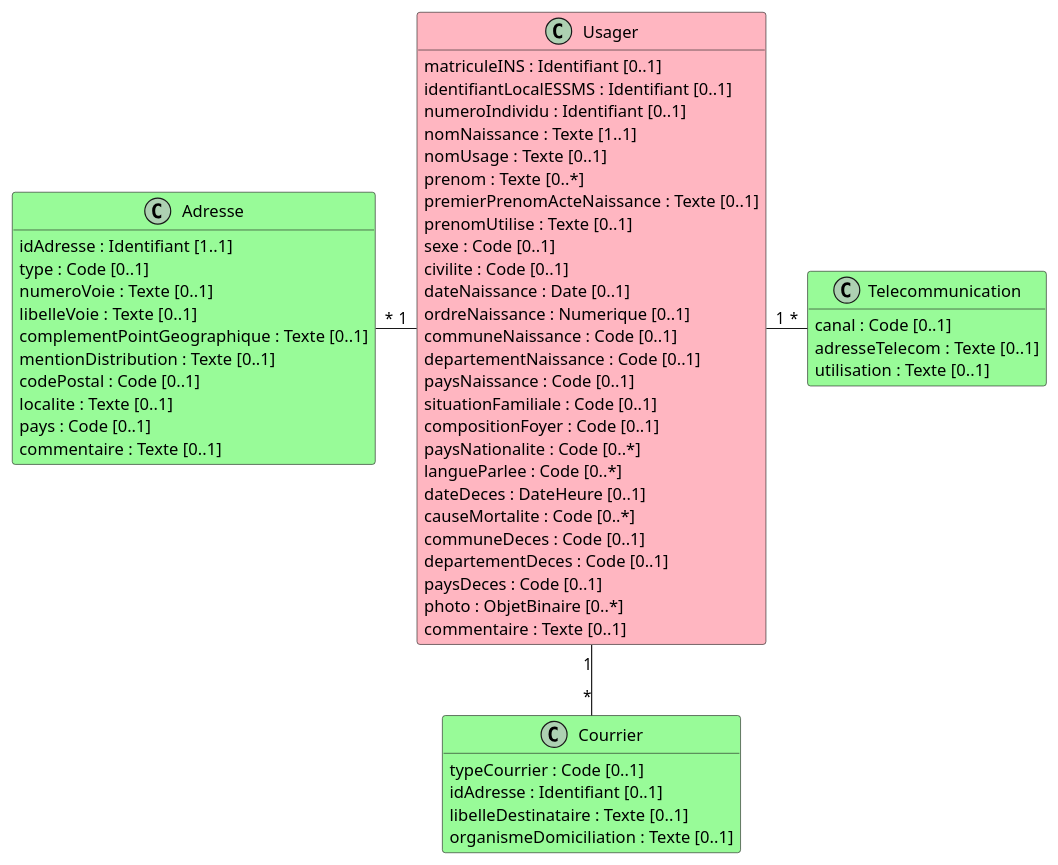
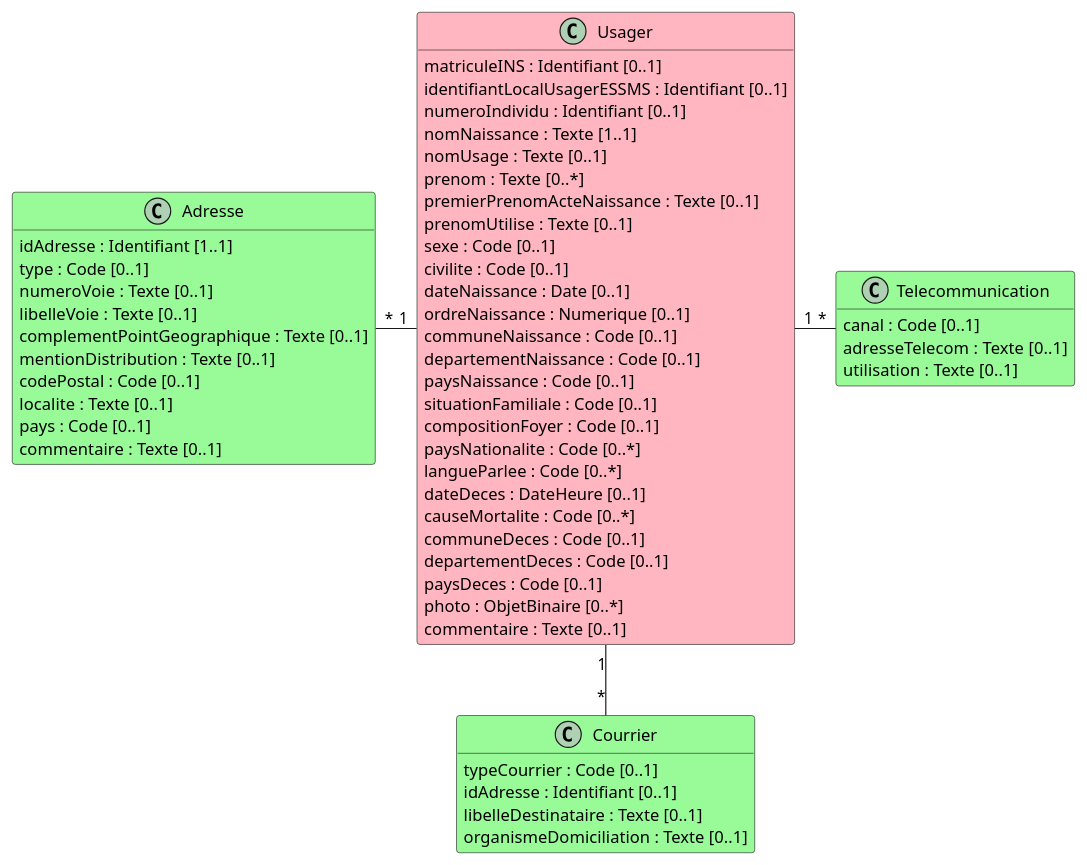
The diagram in input/images-source/bloc_identification_coordonnees.plantuml (ansforge/IG-fhir-transfert-donnees-dui-esms), drawn with PlantUML before and after one commit. The commit also changed 1 other file, not shown here.

```diff
--- a/input/images-source/bloc_identification_coordonnees.plantuml
+++ b/input/images-source/bloc_identification_coordonnees.plantuml
@@ -1,64 +1,64 @@
 @startuml
 
 hide empty methods
 
 class Usager #LightPink {
     matriculeINS : Identifiant [0..1]
-    identifiantLocalESSMS : Identifiant [0..1]
+    identifiantLocalUsagerESSMS : Identifiant [0..1]
     numeroIndividu : Identifiant [0..1]
     nomNaissance : Texte [1..1]
     nomUsage : Texte [0..1]
     prenom : Texte [0..*]
     premierPrenomActeNaissance : Texte [0..1]
     prenomUtilise : Texte [0..1]
     sexe : Code [0..1]
     civilite : Code [0..1]
     dateNaissance : Date [0..1]
     ordreNaissance : Numerique [0..1]
     communeNaissance : Code [0..1]
     departementNaissance : Code [0..1]
     paysNaissance : Code [0..1]
     situationFamiliale : Code [0..1]
     compositionFoyer : Code [0..1]
     paysNationalite : Code [0..*]
     langueParlee : Code [0..*]
     dateDeces : DateHeure [0..1]
     causeMortalite : Code [0..*]
     communeDeces : Code [0..1]
     departementDeces : Code [0..1]
     paysDeces : Code [0..1]
     photo : ObjetBinaire [0..*]
     commentaire : Texte [0..1]
 }
 
 class Adresse #PaleGreen {
     idAdresse : Identifiant [1..1]
     type : Code [0..1]
     numeroVoie : Texte [0..1]
     libelleVoie : Texte [0..1]
     complementPointGeographique : Texte [0..1]
     mentionDistribution : Texte [0..1]
     codePostal : Code [0..1]
     localite : Texte [0..1]
     pays : Code [0..1]
     commentaire : Texte [0..1]
 }
 
 class Telecommunication #PaleGreen {
     canal : Code [0..1]
     adresseTelecom : Texte [0..1]
     utilisation : Texte [0..1]
 }
 
 class Courrier #PaleGreen {
     typeCourrier : Code [0..1]
     idAdresse : Identifiant [0..1]
     libelleDestinataire : Texte [0..1]
     organismeDomiciliation : Texte [0..1]
 }
 
 Adresse "*" - "1" Usager
 Usager "1" - "*" Telecommunication
 Usager "1" -- "*" Courrier
 
 @enduml
```
